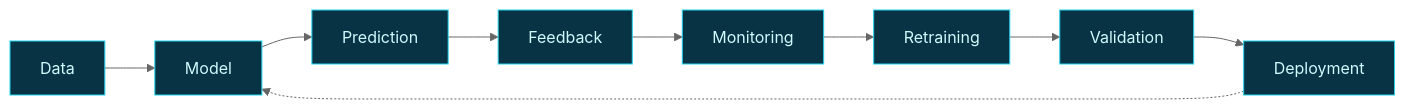
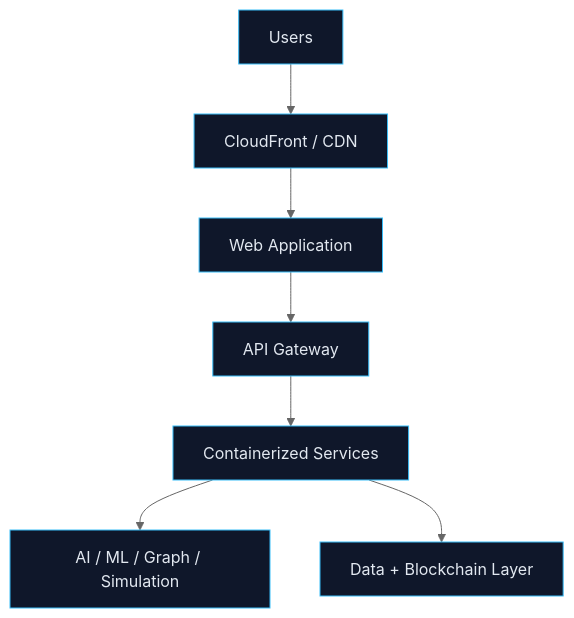
The ninth of 9 diagrams in README.md (codeejb/Foodguard), drawn with Mermaid (neutral theme) before and after one commit. The commit also changed other lines of this file, not shown here.

````diff
--- a/README.md
+++ b/README.md
@@ -363,7 +420,8 @@
 ```mermaid
-flowchart LR
-    D[Data] --> M[Model] --> P[Prediction] --> F[Feedback] --> Mo[Monitoring] --> R[Retraining] --> V[Validation] --> De[Deployment]
-    De -.-> M
-    classDef ops fill:#083344,stroke:#22d3ee,color:#cffafe
-    class D,M,P,F,Mo,R,V,De ops
+flowchart TD
+    U[Users] --> CDN[CloudFront / CDN] --> WA[Web Application] --> GW[API Gateway]
+    GW --> CS[Containerized Services] --> AI[AI / ML / Graph / Simulation]
+    CS --> DB[Data + Blockchain Layer]
+    classDef d fill:#0f172a,stroke:#38bdf8,color:#e2e8f0
+    class U,CDN,WA,GW,CS,AI,DB d
 ```
````
